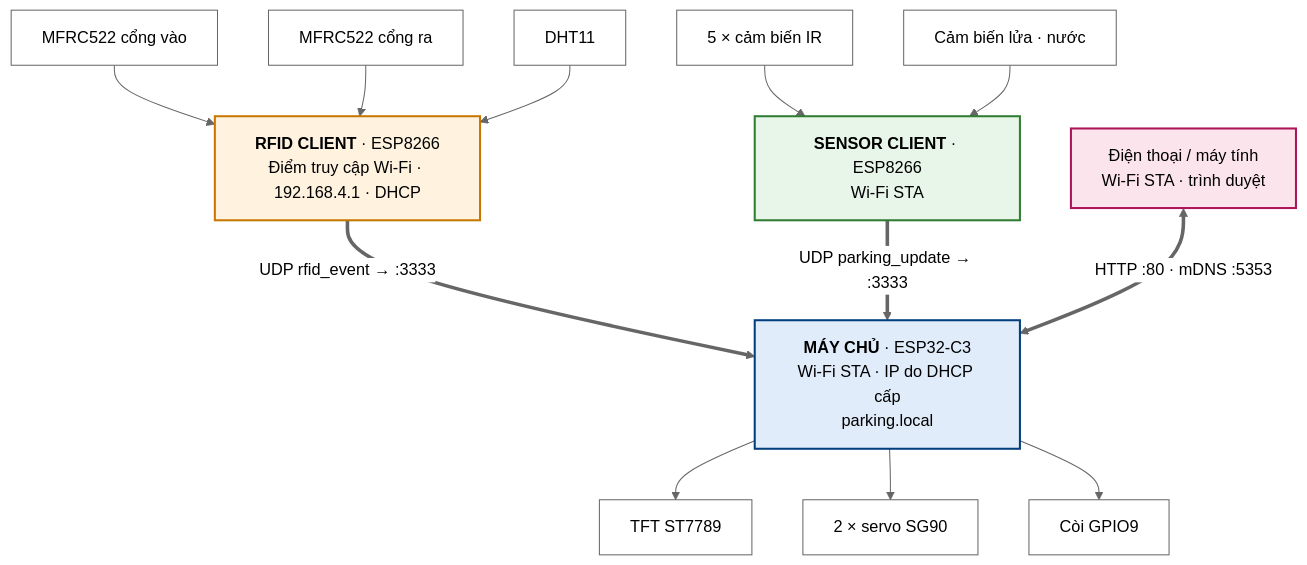
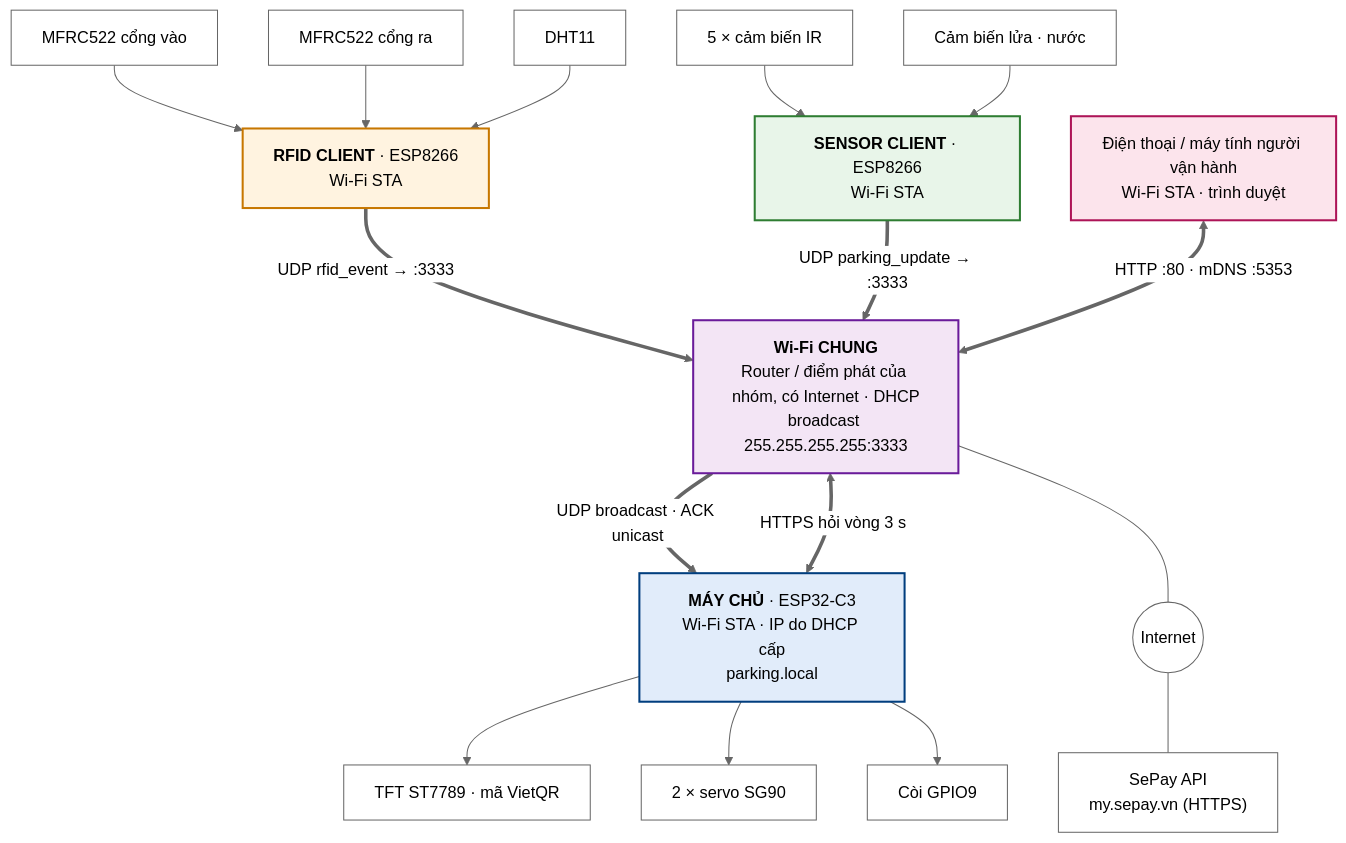
One commit to thinhdinh25/INT3108_embedded-Smart-Parking-Project changed the diagram in report/diagrams/deploy.mmd. Above: the diagram before and after it, drawn with Mermaid (neutral theme). The commit also changed 54 other files, not shown here.

First line of the commit message:
Add VietQR payment via SePay; all boards join one shared Wi-Fi

```diff
--- a/report/diagrams/deploy.mmd
+++ b/report/diagrams/deploy.mmd
@@ -1,22 +1,30 @@
 flowchart TB
-    RC["<b>RFID CLIENT</b> · ESP8266<br/>Điểm truy cập Wi-Fi · 192.168.4.1 · DHCP"]
+    AP["<b>Wi-Fi CHUNG</b><br/>Router / điểm phát của nhóm, có Internet · DHCP<br/>broadcast 255.255.255.255:3333"]
+    RC["<b>RFID CLIENT</b> · ESP8266<br/>Wi-Fi STA"]
     SRV["<b>MÁY CHỦ</b> · ESP32-C3<br/>Wi-Fi STA · IP do DHCP cấp<br/>parking.local"]
     SC["<b>SENSOR CLIENT</b> · ESP8266<br/>Wi-Fi STA"]
-    PH["Điện thoại / máy tính<br/>Wi-Fi STA · trình duyệt"]
+    PH["Điện thoại / máy tính người vận hành<br/>Wi-Fi STA · trình duyệt"]
+    NET(("Internet"))
+    SP["SePay API<br/>my.sepay.vn (HTTPS)"]
   R1["MFRC522 cổng vào"] --> RC
   R2["MFRC522 cổng ra"] --> RC
   DHT["DHT11"] --> RC
   IR["5 × cảm biến IR"] --> SC
   FW["Cảm biến lửa · nước"] --> SC
-  RC == "UDP rfid_event → :3333" ==> SRV
-  SC == "UDP parking_update → :3333" ==> SRV
-  PH <== "HTTP :80 · mDNS :5353" ==> SRV
-  SRV --> TFT["TFT ST7789"]
+  RC == "UDP rfid_event → :3333" ==> AP
+  SC == "UDP parking_update → :3333" ==> AP
+  AP == "UDP broadcast · ACK unicast" ==> SRV
+  PH <== "HTTP :80 · mDNS :5353" ==> AP
+  SRV <== "HTTPS hỏi vòng 3 s" ==> AP
+  AP --- NET
+  NET --- SP
+  SRV --> TFT["TFT ST7789 · mã VietQR"]
   SRV --> SV["2 × servo SG90"]
   SRV --> BZ["Còi GPIO9"]
   classDef srv fill:#E1ECFA,stroke:#003E7E,stroke-width:2px;
   classDef rc fill:#FFF3E0,stroke:#C77700,stroke-width:2px;
   classDef sc fill:#E8F5E9,stroke:#2E7D32,stroke-width:2px;
   classDef ph fill:#FCE4EC,stroke:#AD1457,stroke-width:2px;
+  classDef ap fill:#F3E5F5,stroke:#6A1B9A,stroke-width:2px;
   classDef dev fill:#ffffff,stroke:#666;
-  class SRV srv; class RC rc; class SC sc; class PH ph; class R1,R2,DHT,IR,FW,TFT,SV,BZ dev;
+  class SRV srv; class RC rc; class SC sc; class PH ph; class AP ap; class R1,R2,DHT,IR,FW,TFT,SV,BZ,NET,SP dev;
```
